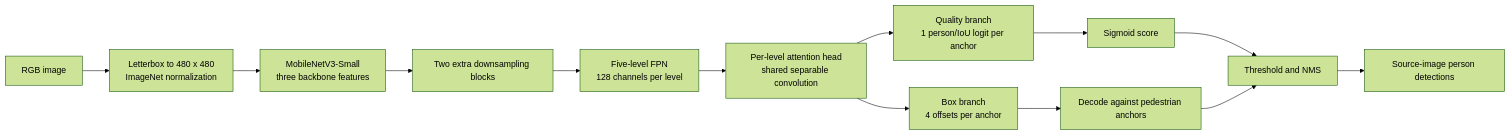
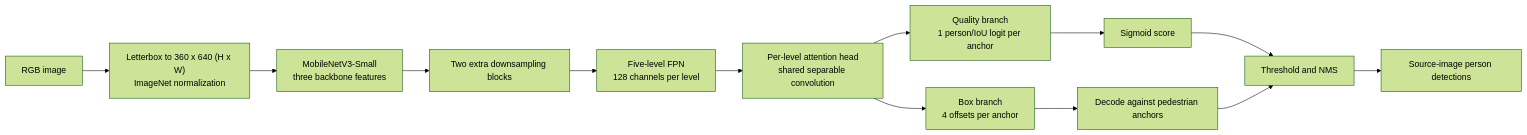
The diagram in model_training/README.md (James-Joslin/camera-app), drawn with Mermaid (forest theme) before and after one commit. The commit also changed other lines of this file and 20 other files, not shown here.

````diff
--- a/model_training/README.md
+++ b/model_training/README.md
@@ -67,15 +67,15 @@
 ```mermaid
 flowchart LR
-    A["RGB image"] --> B["Letterbox to 480 x 480<br/>ImageNet normalization"]
+    A["RGB image"] --> B["Letterbox to 360 x 640 (H x W)<br/>ImageNet normalization"]
     B --> C["MobileNetV3-Small<br/>three backbone features"]
     C --> D["Two extra downsampling blocks"]
     D --> E["Five-level FPN<br/>128 channels per level"]
     E --> F["Per-level attention head<br/>shared separable convolution"]
     F --> G["Quality branch<br/>1 person/IoU logit per anchor"]
     F --> H["Box branch<br/>4 offsets per anchor"]
     G --> I["Sigmoid score"]
     H --> J["Decode against pedestrian anchors"]
     I --> K["Threshold and NMS"]
     J --> K
     K --> L["Source-image person detections"]
 ```
````
